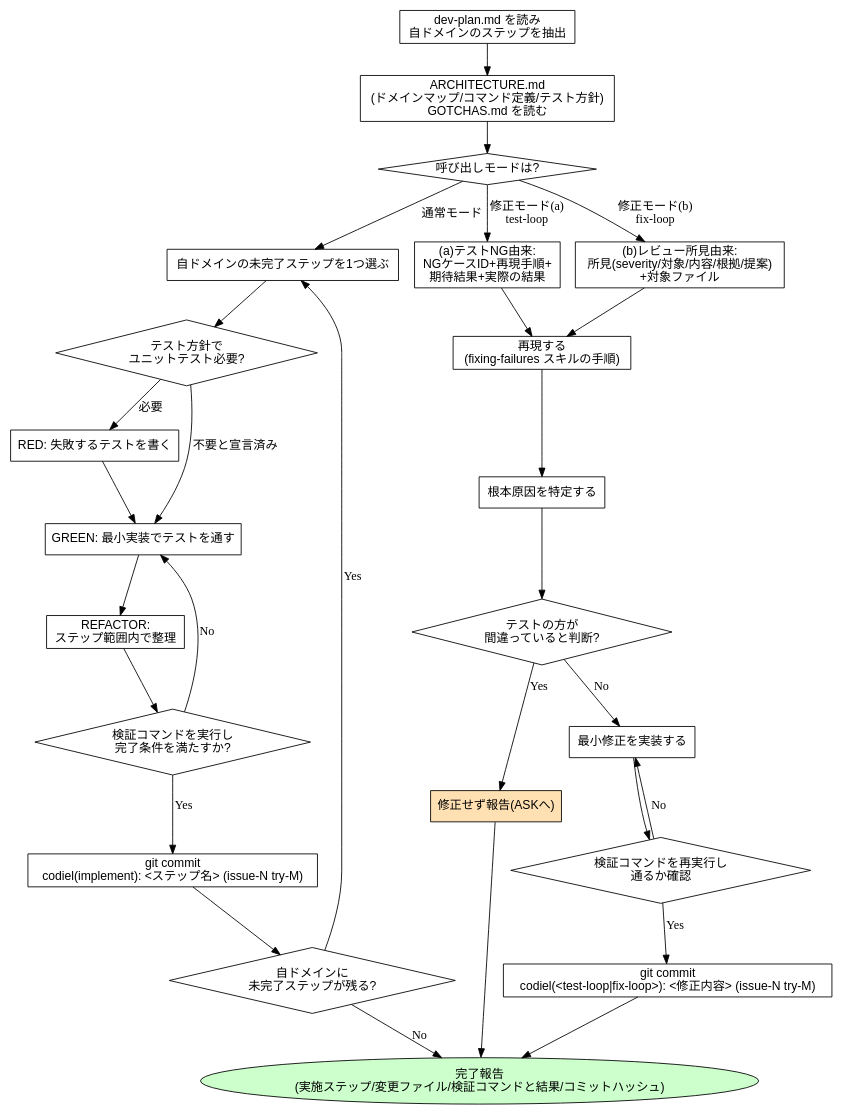
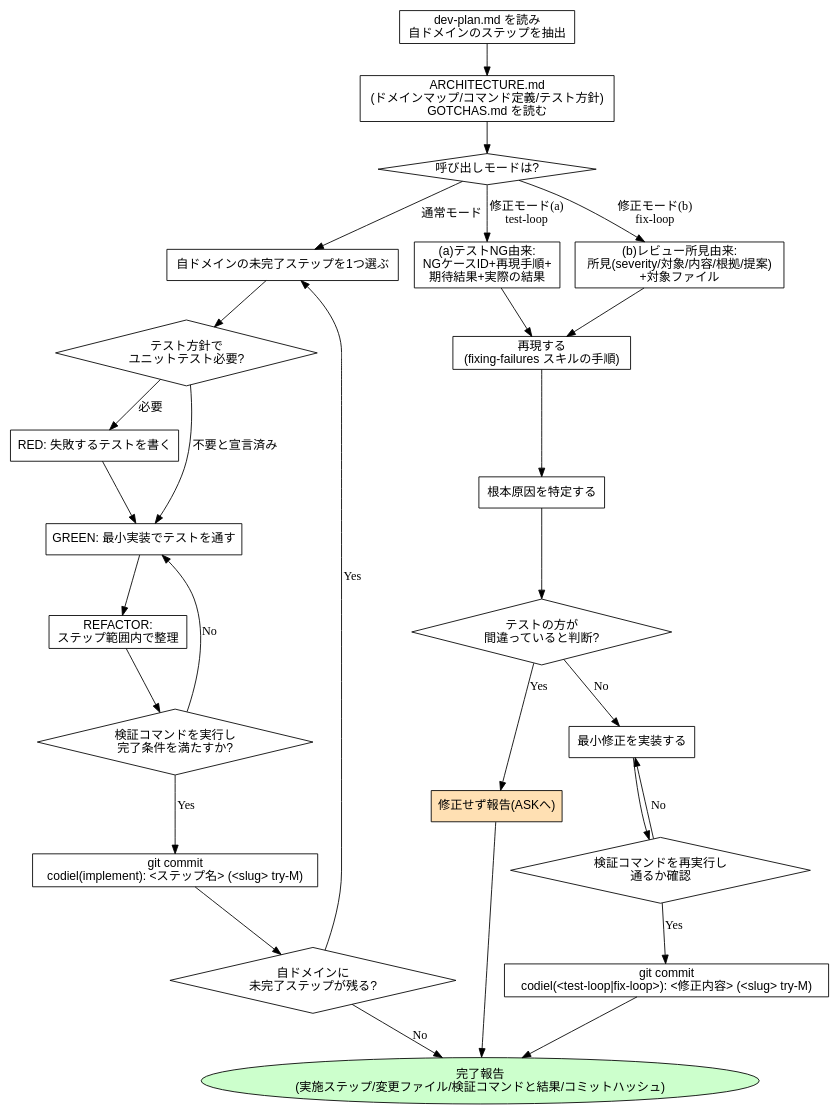
The sixth of 15 diagrams in plugins/codiel/docs/skill-flowcharts.md (Amatsuka-kobo/amatsuka-claude-plugins), drawn with Graphviz before and after one commit. The commit also changed other lines of this file and 15 other files, not shown here.

````diff
--- a/plugins/codiel/docs/skill-flowcharts.md
+++ b/plugins/codiel/docs/skill-flowcharts.md
@@ -225,57 +188,57 @@
 ```dot
 digraph implementing {
   rankdir=TB;
   node [fontname="sans-serif"];
 
   read_plan [label="dev-plan.md を読み\n自ドメインのステップを抽出", shape=box];
   read_arch [label="ARCHITECTURE.md\n(ドメインマップ/コマンド定義/テスト方針)\nGOTCHAS.md を読む", shape=box];
   mode [label="呼び出しモードは?", shape=diamond];
 
   next_step [label="自ドメインの未完了ステップを1つ選ぶ", shape=box];
   need_test [label="テスト方針で\nユニットテスト必要?", shape=diamond];
   red [label="RED: 失敗するテストを書く", shape=box];
   green [label="GREEN: 最小実装でテストを通す", shape=box];
   refactor [label="REFACTOR:\nステップ範囲内で整理", shape=box];
   verify [label="検証コマンドを実行し\n完了条件を満たすか?", shape=diamond];
-  commit_step [label="git commit\ncodiel(implement): <ステップ名> (issue-N try-M)", shape=box];
+  commit_step [label="git commit\ncodiel(implement): <ステップ名> (<slug> try-M)", shape=box];
   more_steps [label="自ドメインに\n未完了ステップが残る?", shape=diamond];
 
   receive_a [label="(a)テストNG由来:\nNGケースID+再現手順+\n期待結果+実際の結果", shape=box];
   receive_b [label="(b)レビュー所見由来:\n所見(severity/対象/内容/根拠/提案)\n+対象ファイル", shape=box];
   reproduce [label="再現する\n(fixing-failures スキルの手順)", shape=box];
   root_cause [label="根本原因を特定する", shape=box];
   spec_wrong [label="テストの方が\n間違っていると判断?", shape=diamond];
   escalate [label="修正せず報告(ASKへ)", shape=box, style=filled, fillcolor="#ffe0b3"];
   minimal_fix [label="最小修正を実装する", shape=box];
   verify_fix [label="検証コマンドを再実行し\n通るか確認", shape=diamond];
-  commit_fix [label="git commit\ncodiel(<test-loop|fix-loop>): <修正内容> (issue-N try-M)", shape=box];
+  commit_fix [label="git commit\ncodiel(<test-loop|fix-loop>): <修正内容> (<slug> try-M)", shape=box];
 
   report [label="完了報告\n(実施ステップ/変更ファイル/検証コマンドと結果/コミットハッシュ)", shape=ellipse, style=filled, fillcolor="#ccffcc"];
 
   read_plan -> read_arch -> mode;
   mode -> next_step [label="通常モード"];
   mode -> receive_a [label="修正モード(a)\ntest-loop"];
   mode -> receive_b [label="修正モード(b)\nfix-loop"];
 
   next_step -> need_test;
   need_test -> red [label="必要"];
   need_test -> green [label="不要と宣言済み"];
   red -> green -> refactor -> verify;
   verify -> green [label="No"];
   verify -> commit_step [label="Yes"];
   commit_step -> more_steps;
   more_steps -> next_step [label="Yes"];
   more_steps -> report [label="No"];
 
   receive_a -> reproduce;
   receive_b -> reproduce;
   reproduce -> root_cause -> spec_wrong;
   spec_wrong -> escalate [label="Yes"];
   spec_wrong -> minimal_fix [label="No"];
   minimal_fix -> verify_fix;
   verify_fix -> minimal_fix [label="No"];
   verify_fix -> commit_fix [label="Yes"];
   commit_fix -> report;
   escalate -> report;
 }
 ```
````
